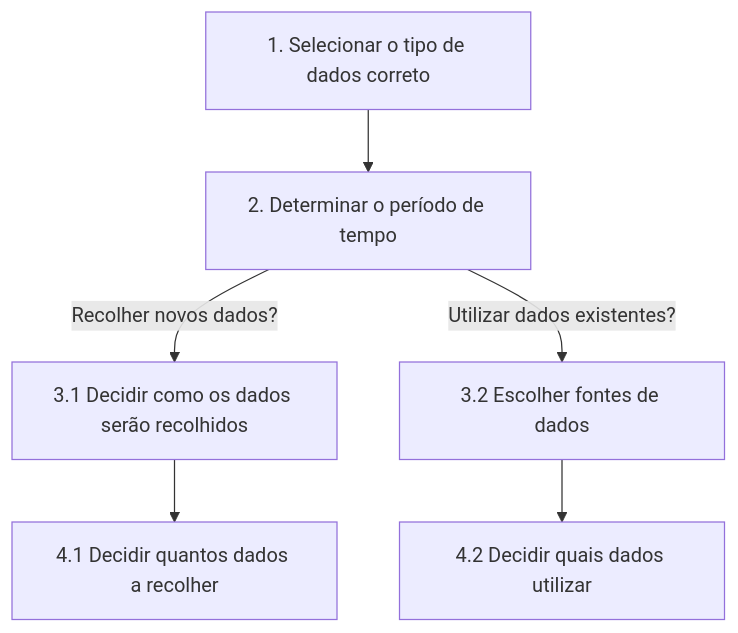
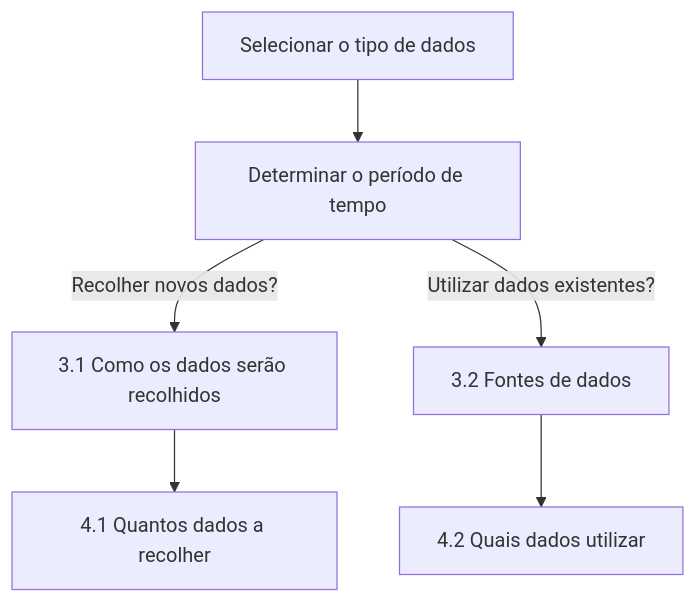
Before and after one commit to tiagolafonso/Tools_Economics: the diagram in Class2/Class2.qmd, drawn with Mermaid. The commit also changed other lines of this file and 4 other files, not shown here.

````diff
--- a/Class2/Class2.qmd
+++ b/Class2/Class2.qmd
@@ -14,8 +14,8 @@
 ```{mermaid}
 graph TD
-    A[1. Selecionar o tipo de dados correto] --> B[2. Determinar o período de tempo]
-    B -->|Recolher novos dados?| C[3.1 Decidir como os dados serão recolhidos]
-    B -->|Utilizar dados existentes?| D[3.2 Escolher fontes de dados]
-    C --> E[4.1 Decidir quantos dados a recolher]
-    D --> F[4.2 Decidir quais dados utilizar]
+    A[Selecionar o tipo de dados] --> B[Determinar o período de tempo]
+    B -->|Recolher novos dados?| C[3.1 Como os dados serão recolhidos]
+    B -->|Utilizar dados existentes?| D[3.2 Fontes de dados]
+    C --> E[4.1 Quantos dados a recolher]
+    D --> F[4.2 Quais dados utilizar]
 ```
````
